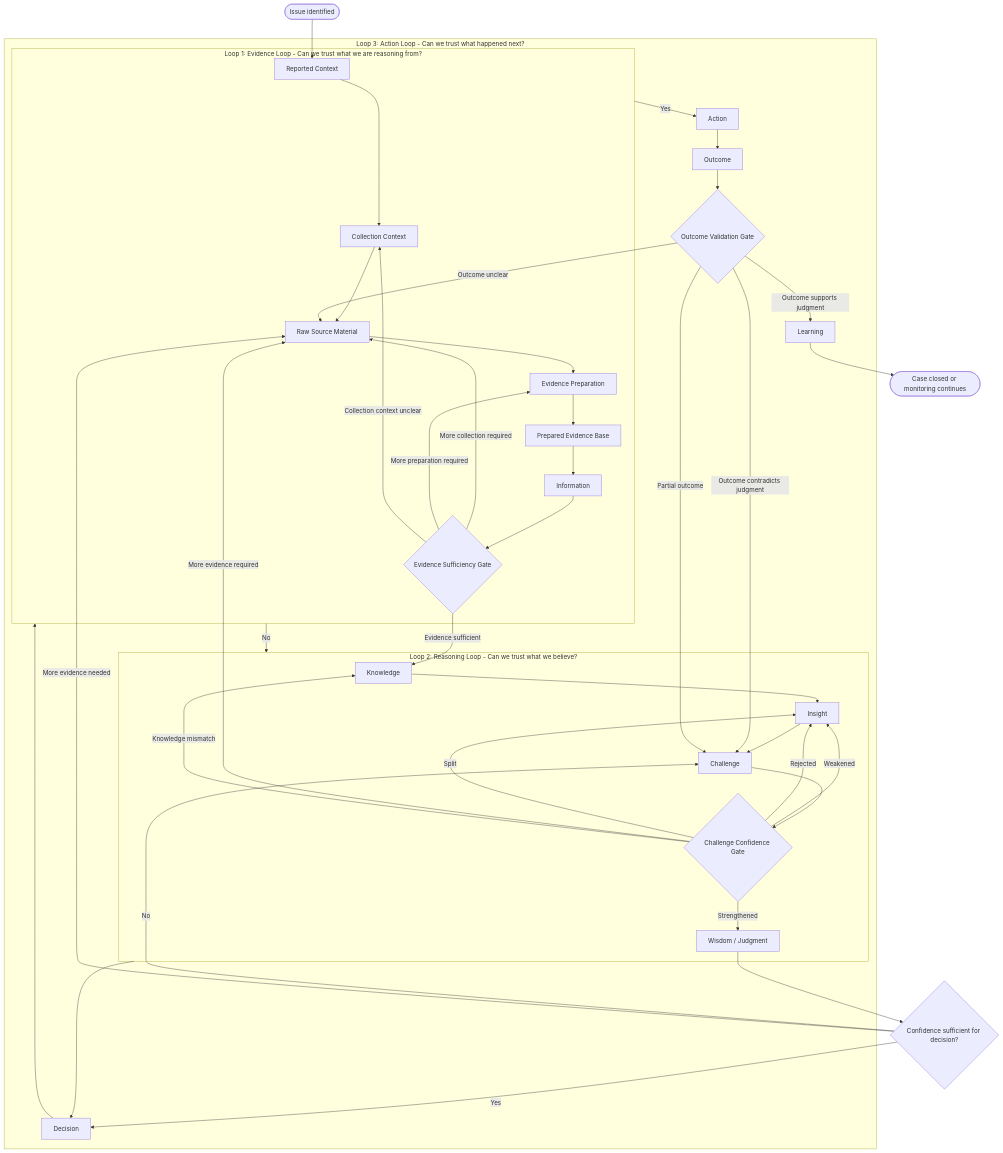
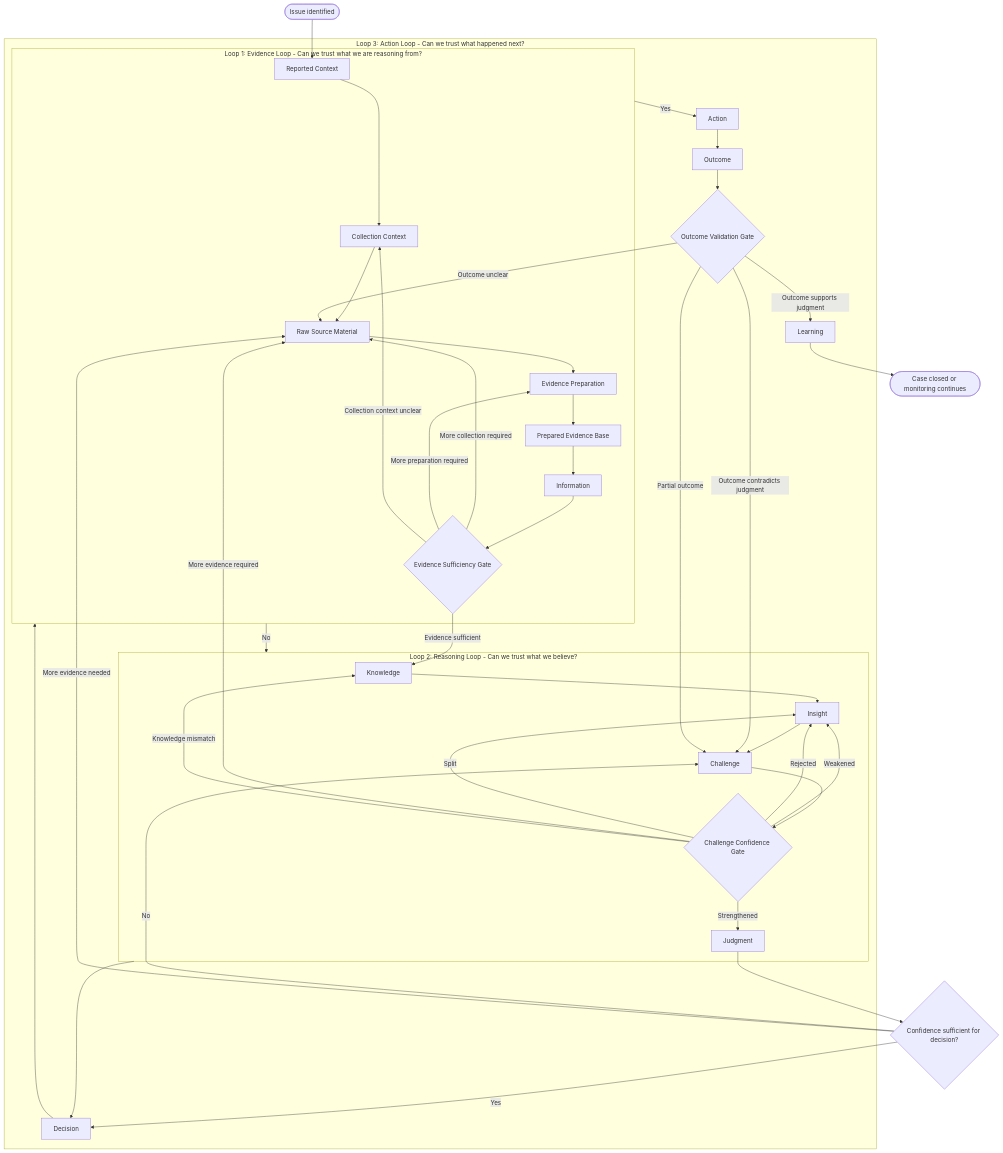
Before and after one commit to jasonriddell/egatf: the diagram in diagrams/egatf-process-flow.mmd, drawn with Mermaid. The commit also changed 12 other files, not shown here.

First line of the commit message:
Rename Wisdom to Judgment

```diff
--- a/diagrams/egatf-process-flow.mmd
+++ b/diagrams/egatf-process-flow.mmd
@@ -1,48 +1,48 @@
 flowchart TD
     A([Issue identified]) --> B[Reported Context]
 
     subgraph L1[Loop 1: Evidence Loop - Can we trust what we are reasoning from?]
       B --> C[Collection Context]
       C --> D[Raw Source Material]
       D --> E[Evidence Preparation]
       E --> F[Prepared Evidence Base]
       F --> G[Information]
       G --> GATE1{Evidence Sufficiency Gate}
       GATE1 -- More collection required --> D
       GATE1 -- More preparation required --> E
       GATE1 -- Collection context unclear --> C
     end
 
     GATE1 -- Evidence sufficient --> H[Knowledge]
 
     subgraph L2[Loop 2: Reasoning Loop - Can we trust what we believe?]
       H --> I[Insight]
       I --> J[Challenge]
       J --> GATE2{Challenge Confidence Gate}
       GATE2 -- Weakened --> I
       GATE2 -- Rejected --> I
       GATE2 -- Split --> I
       GATE2 -- More evidence required --> D
       GATE2 -- Knowledge mismatch --> H
-      GATE2 -- Strengthened --> K[Wisdom / Judgment]
+      GATE2 -- Strengthened --> K[Judgment]
     end
 
     K --> K1{Confidence sufficient for decision?}
     K1 -- No --> J
     K1 -- More evidence needed --> D
     K1 -- Yes --> L[Decision]
 
     subgraph L3[Loop 3: Action Loop - Can we trust what happened next?]
       L --> L1{Decision safe and authorized?}
       L1 -- No --> L2[Escalate, seek approval, or reduce scope]
       L2 --> L
       L1 -- Yes --> M[Action]
       M --> N[Outcome]
       N --> GATE3{Outcome Validation Gate}
       GATE3 -- Outcome supports judgment --> O[Learning]
       GATE3 -- Outcome contradicts judgment --> J
       GATE3 -- Outcome unclear --> D
       GATE3 -- Partial outcome --> J
     end
 
     O --> P([Case closed or monitoring continues])
```
